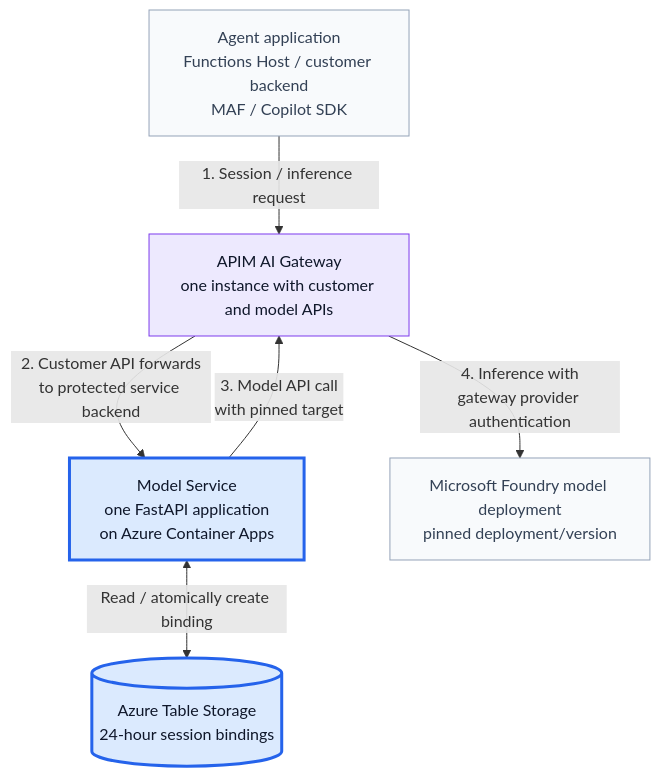
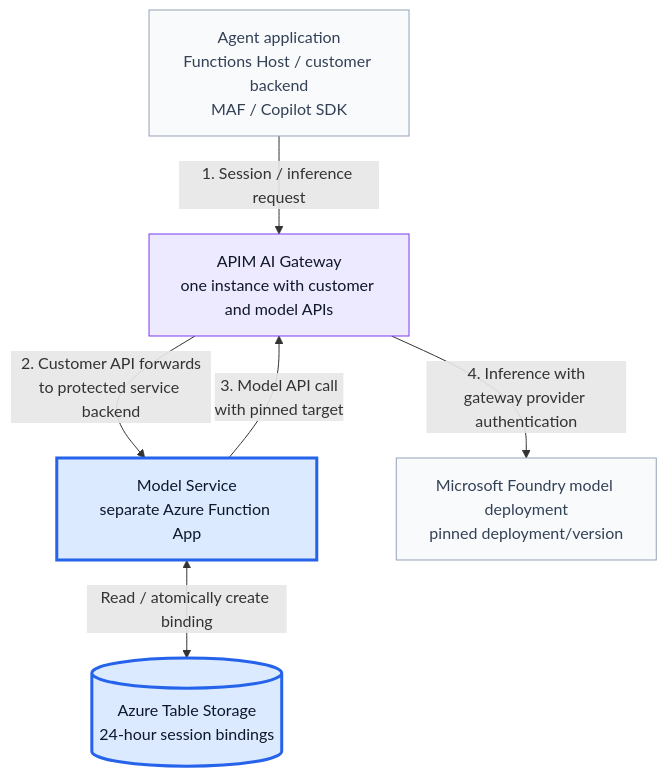
Before and after one commit to swapnil-nagar/model-service-pocs: the first of 2 diagrams in MINIMAL-DESIGN.md, drawn with Mermaid. The commit also changed other lines of this file and 4 other files, not shown here.

First line of the commit message:
Choose Function App hosting for the low-traffic model service

````diff
--- a/MINIMAL-DESIGN.md
+++ b/MINIMAL-DESIGN.md
@@ -54,21 +53,21 @@
 ```mermaid
 flowchart TB
     AGENT["Agent application<br/>Functions Host / customer backend<br/>MAF / Copilot SDK"]
     APIM["APIM AI Gateway<br/>one instance with customer and model APIs"]
-    SERVICE["Model Service<br/>one FastAPI application<br/>on Azure Container Apps"]
+    SERVICE["Model Service<br/>separate Azure Function App"]
     REGISTRY[("Azure Table Storage<br/>24-hour session bindings")]
     MODEL["Microsoft Foundry model deployment<br/>pinned deployment/version"]
 
     AGENT -->|"1. Session / inference request"| APIM
     APIM -->|"2. Customer API forwards<br/>to protected service backend"| SERVICE
     SERVICE <-->|"Read / atomically create binding"| REGISTRY
     SERVICE -->|"3. Model API call<br/>with pinned target"| APIM
     APIM -->|"4. Inference with<br/>gateway provider authentication"| MODEL
 
     classDef existing fill:#f8fafc,stroke:#94a3b8,color:#334155
     classDef designed fill:#dbeafe,stroke:#2563eb,stroke-width:3px,color:#0f172a
     classDef gateway fill:#ede9fe,stroke:#7c3aed,color:#0f172a
     class AGENT,MODEL existing
     class SERVICE,REGISTRY designed
     class APIM gateway
 ```
````
